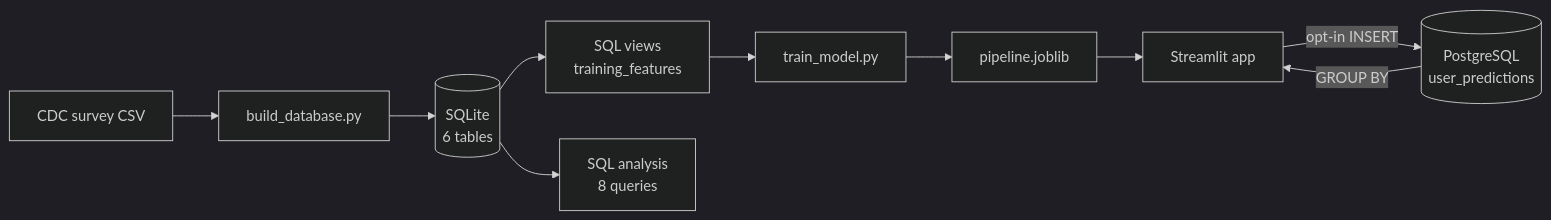
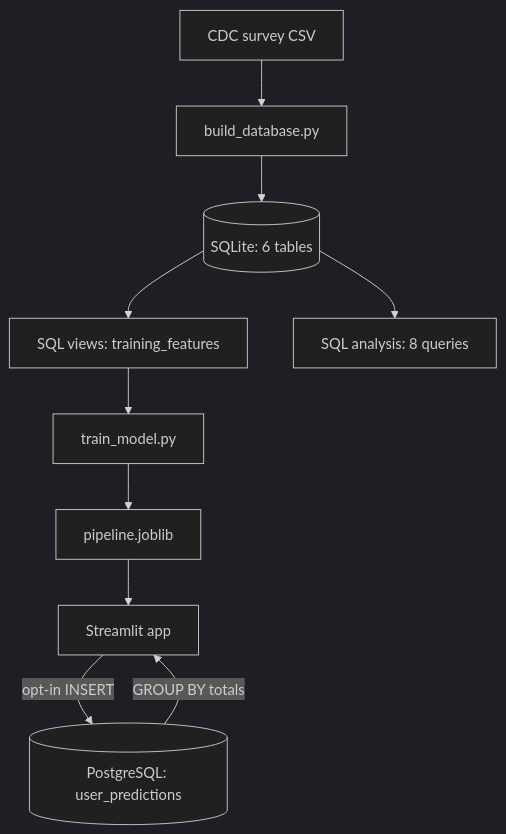
The first of 2 diagrams in README.md (ecaterinam11/diabetes-risk-predictor), drawn with Mermaid (dark theme) before and after one commit.

Commit message:
Simplify README architecture diagram so GitHub renders it

````diff
--- a/README.md
+++ b/README.md
@@ -33,12 +33,12 @@
 ```mermaid
-flowchart LR
-    csv[CDC survey CSV] --> load[build_database.py]
-    load --> db[(SQLite<br>6 tables)]
-    db --> views[SQL views<br>training_features]
-    db --> analysis[SQL analysis<br>8 queries]
-    views --> train[train_model.py]
-    train --> model[pipeline.joblib]
-    model --> app[Streamlit app]
-    app -->|opt-in INSERT| pg[(PostgreSQL<br>user_predictions)]
-    pg -->|GROUP BY| app
+flowchart TD
+    csv["CDC survey CSV"] --> load["build_database.py"]
+    load --> db[("SQLite: 6 tables")]
+    db --> views["SQL views: training_features"]
+    db --> analysis["SQL analysis: 8 queries"]
+    views --> train["train_model.py"]
+    train --> model["pipeline.joblib"]
+    model --> app["Streamlit app"]
+    app -- "opt-in INSERT" --> pg[("PostgreSQL: user_predictions")]
+    pg -- "GROUP BY totals" --> app
 ```
````
